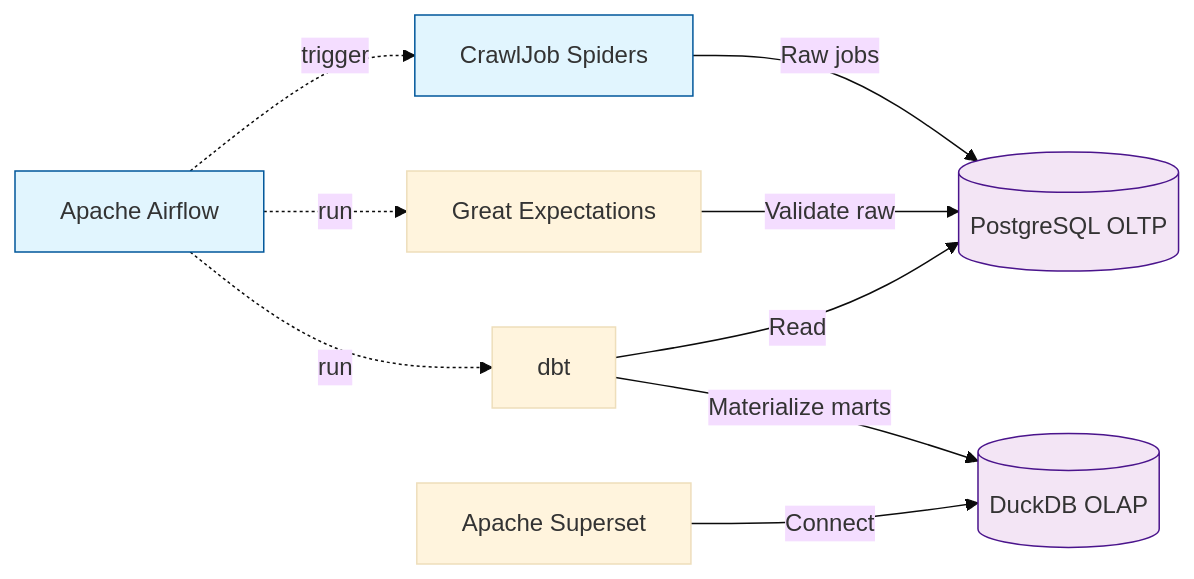
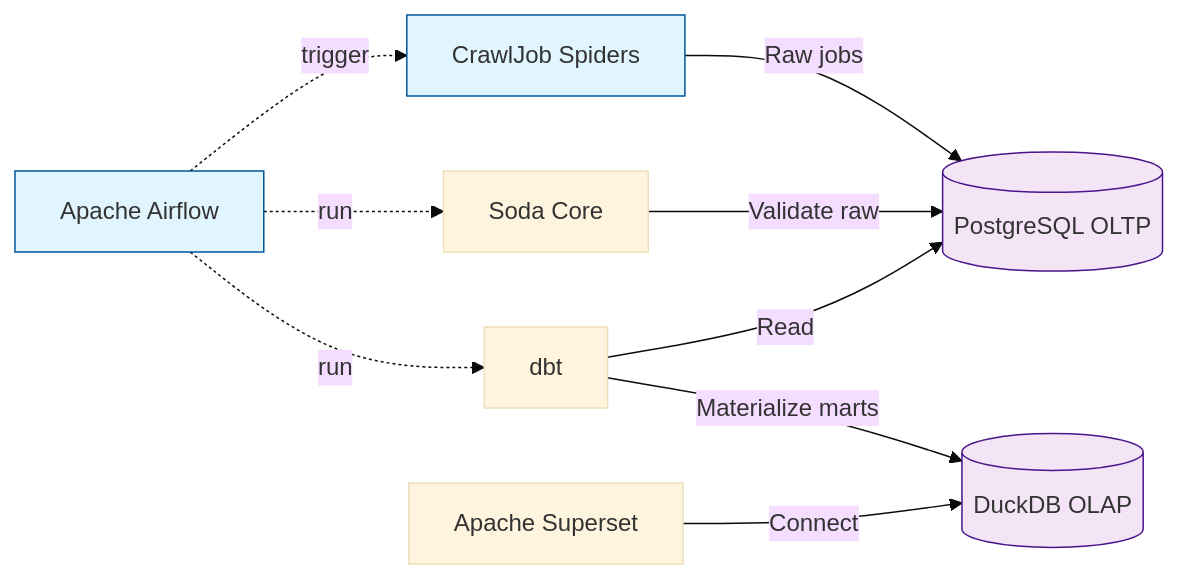
Before and after one commit to thethien8a/Crawl-Jobs: the second of 6 diagrams in plan/DATA_ENGINEERING_STACK_PLAN.md, drawn with Mermaid (base theme). The commit also changed other lines of this file, not shown here.

````diff
--- a/plan/DATA_ENGINEERING_STACK_PLAN.md
+++ b/plan/DATA_ENGINEERING_STACK_PLAN.md
@@ -139,16 +138,16 @@
 ```mermaid
 flowchart LR
     Airflow[Apache Airflow] -. trigger .-> Spiders[CrawlJob Spiders]
     Spiders -->|Raw jobs| Postgres[(PostgreSQL OLTP)]
-    Airflow -. run .-> GE[Great Expectations]
-    GE -->|Validate raw| Postgres
+    Airflow -. run .-> Soda[Soda Core]
+    Soda -->|Validate raw| Postgres
     Airflow -. run .-> dbt[dbt]
     dbt -->|Read| Postgres
     dbt -->|Materialize marts| DuckDB[(DuckDB OLAP)]
     Superset[Apache Superset] -->|Connect| DuckDB
 
     classDef c1 fill:#e1f5fe,stroke:#01579b,stroke-width:1px
     classDef c2 fill:#f3e5f5,stroke:#4a148c,stroke-width:1px
     class Airflow,Spiders c1
     class Postgres,DuckDB c2
 ```
````
